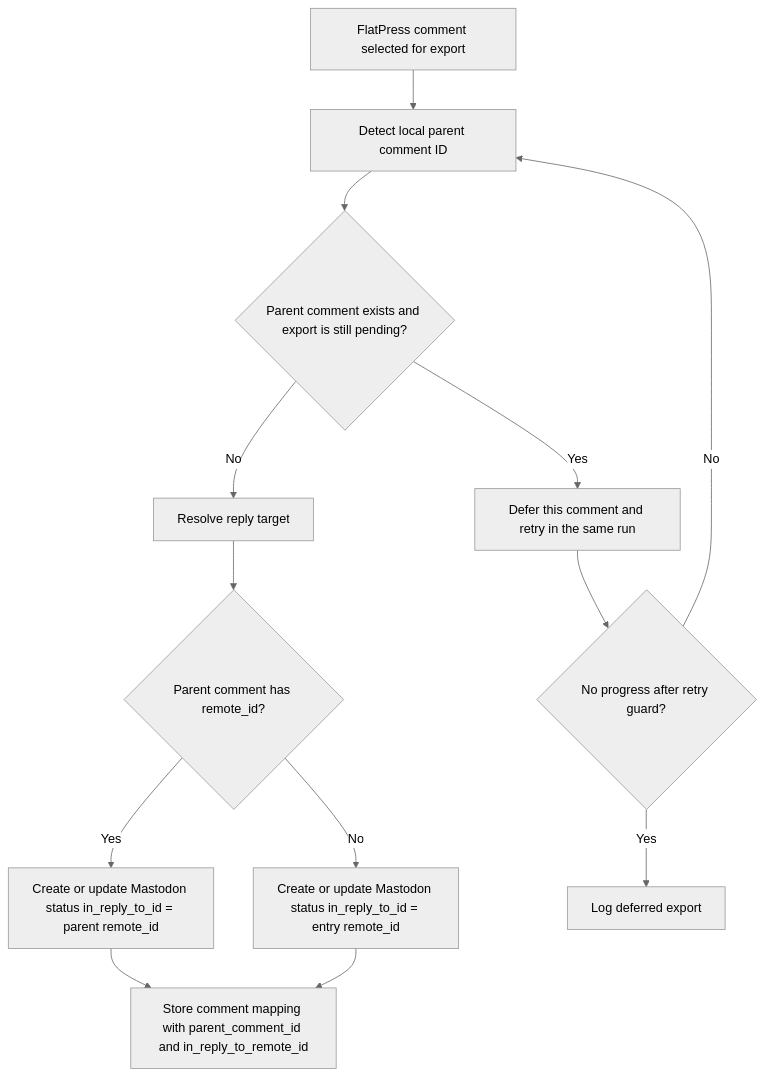
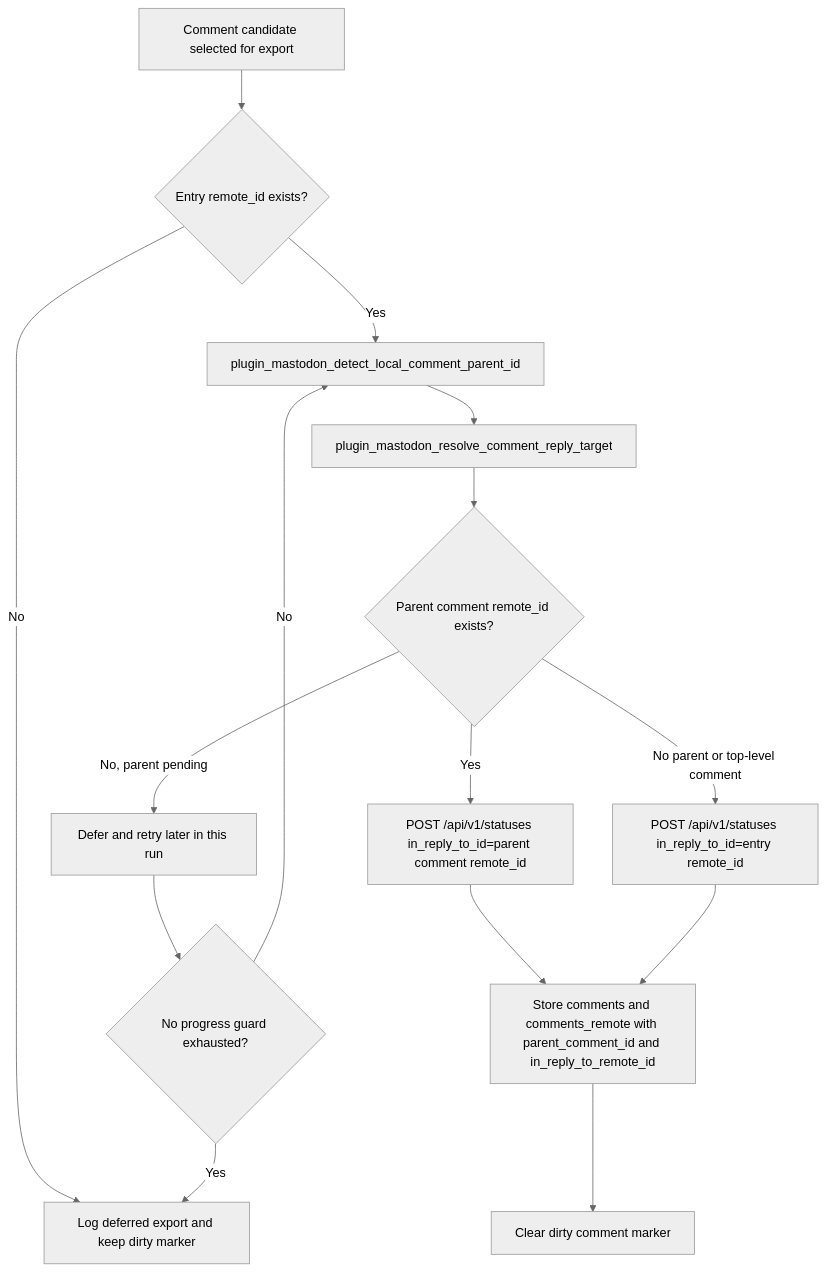
One commit to flatpressblog/flatpress changed the seventh of 32 diagrams in fp-plugins/mastodon/Plugin-Process-Flow.md. Above: the diagram before and after it, drawn with Mermaid (neutral theme). The commit also changed other lines of this file and 4 other files, not shown here.

````diff
--- a/fp-plugins/mastodon/Plugin-Process-Flow.md
+++ b/fp-plugins/mastodon/Plugin-Process-Flow.md
@@ -135,22 +249,24 @@
 ```mermaid
 flowchart TD
-    Comment["FlatPress comment selected for export"]
-    DetectParent["Detect local parent comment ID"]
-    ParentPending{"Parent comment exists and export is still pending?"}
-    Defer["Defer this comment and retry in the same run"]
-    Resolve["Resolve reply target"]
-    ParentRemote{"Parent comment has remote_id?"}
-    ReplyToParent["Create or update Mastodon status in_reply_to_id = parent remote_id"]
-    ReplyToEntry["Create or update Mastodon status in_reply_to_id = entry remote_id"]
-    Mapping["Store comment mapping with parent_comment_id and in_reply_to_remote_id"]
-    Exhausted{"No progress after retry guard?"}
-    LogDeferred["Log deferred export"]
+    Candidate["Comment candidate selected for export"]
+    EntryRemote{"Entry remote_id exists?"}
+    DetectParent["plugin_mastodon_detect_local_comment_parent_id"]
+    Resolve["plugin_mastodon_resolve_comment_reply_target"]
+    ParentRemote{"Parent comment remote_id exists?"}
+    Defer["Defer and retry later in this run"]
+    NoProgress{"No progress guard exhausted?"}
+    LogDeferred["Log deferred export and keep dirty marker"]
+    ReplyToParent["POST /api/v1/statuses in_reply_to_id=parent comment remote_id"]
+    ReplyToEntry["POST /api/v1/statuses in_reply_to_id=entry remote_id"]
+    Mapping["Store comments and comments_remote with parent_comment_id and in_reply_to_remote_id"]
+    ClearDirty["Clear dirty comment marker"]
 
-    Comment --> DetectParent --> ParentPending
-    ParentPending -- "Yes" --> Defer --> Exhausted
-    Exhausted -- "No" --> DetectParent
-    Exhausted -- "Yes" --> LogDeferred
-    ParentPending -- "No" --> Resolve --> ParentRemote
-    ParentRemote -- "Yes" --> ReplyToParent --> Mapping
-    ParentRemote -- "No" --> ReplyToEntry --> Mapping
+    Candidate --> EntryRemote
+    EntryRemote -- "No" --> LogDeferred
+    EntryRemote -- "Yes" --> DetectParent --> Resolve --> ParentRemote
+    ParentRemote -- "Yes" --> ReplyToParent --> Mapping --> ClearDirty
+    ParentRemote -- "No, parent pending" --> Defer --> NoProgress
+    NoProgress -- "No" --> DetectParent
+    NoProgress -- "Yes" --> LogDeferred
+    ParentRemote -- "No parent or top-level comment" --> ReplyToEntry --> Mapping
 ```
````
